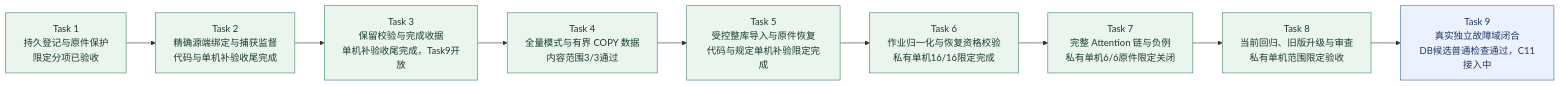
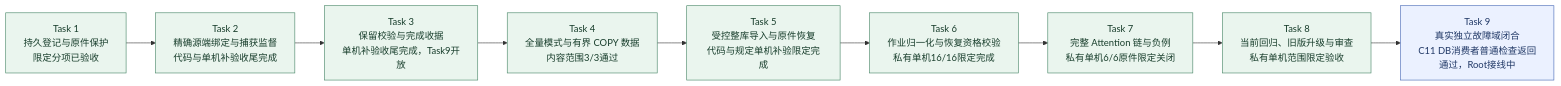
One commit to MansurnamedZhang/learning-system-p0c4 changed the second of 9 diagrams in docs/KnowWeave实施路线与系统架构.md. Above: the diagram before and after it, drawn with Mermaid. The commit also changed other lines of this file and 12 other files, not shown here.

````diff
--- a/docs/KnowWeave实施路线与系统架构.md
+++ b/docs/KnowWeave实施路线与系统架构.md
@@ -80,25 +80,25 @@
 ```mermaid
 flowchart LR
     C4T1["Task 1<br/>持久登记与原件保护<br/>限定分项已验收"]
     C4T2["Task 2<br/>精确源端绑定与捕获监督<br/>代码与单机补验收尾完成"]
     C4T3["Task 3<br/>保留校验与完成收据<br/>单机补验收尾完成，Task9开放"]
     C4T4["Task 4<br/>全量模式与有界 COPY 数据<br/>内容范围3/3通过"]
     C4T5["Task 5<br/>受控整库导入与原件恢复<br/>代码与规定单机补验限定完成"]
     C4T6["Task 6<br/>作业归一化与恢复资格校验<br/>私有单机16/16限定完成"]
     C4T7["Task 7<br/>完整 Attention 链与负例<br/>私有单机6/6原件限定关闭"]
     C4T8["Task 8<br/>当前回归、旧版升级与审查<br/>私有单机范围限定验收"]
-    C4T9["Task 9<br/>真实独立故障域闭合<br/>DB候选普通检查通过，C11接入中"]
+    C4T9["Task 9<br/>真实独立故障域闭合<br/>C11 DB消费者普通检查返回通过，Root接线中"]
     C4T1 --> C4T2
     C4T2 --> C4T3
     C4T3 --> C4T4
     C4T4 --> C4T5
     C4T5 --> C4T6
     C4T6 --> C4T7
     C4T7 --> C4T8
     C4T8 --> C4T9
     class C4T1,C4T2,C4T3,C4T4,C4T5,C4T6,C4T7,C4T8 done
     class C4T9 next
     classDef done fill:#eaf5ee,stroke:#438363,color:#173d2b
     classDef next fill:#ebf1ff,stroke:#4365b4,color:#203866
     classDef planned fill:#f2f4f8,stroke:#8591a3,color:#28354b
 ```
````
